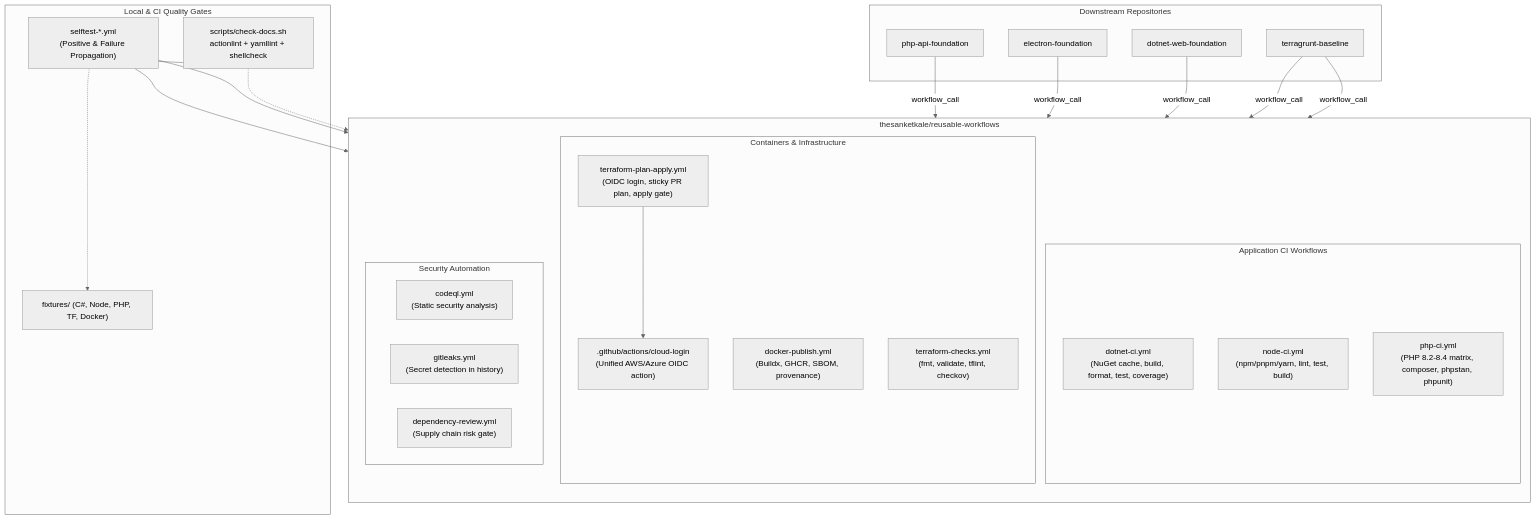
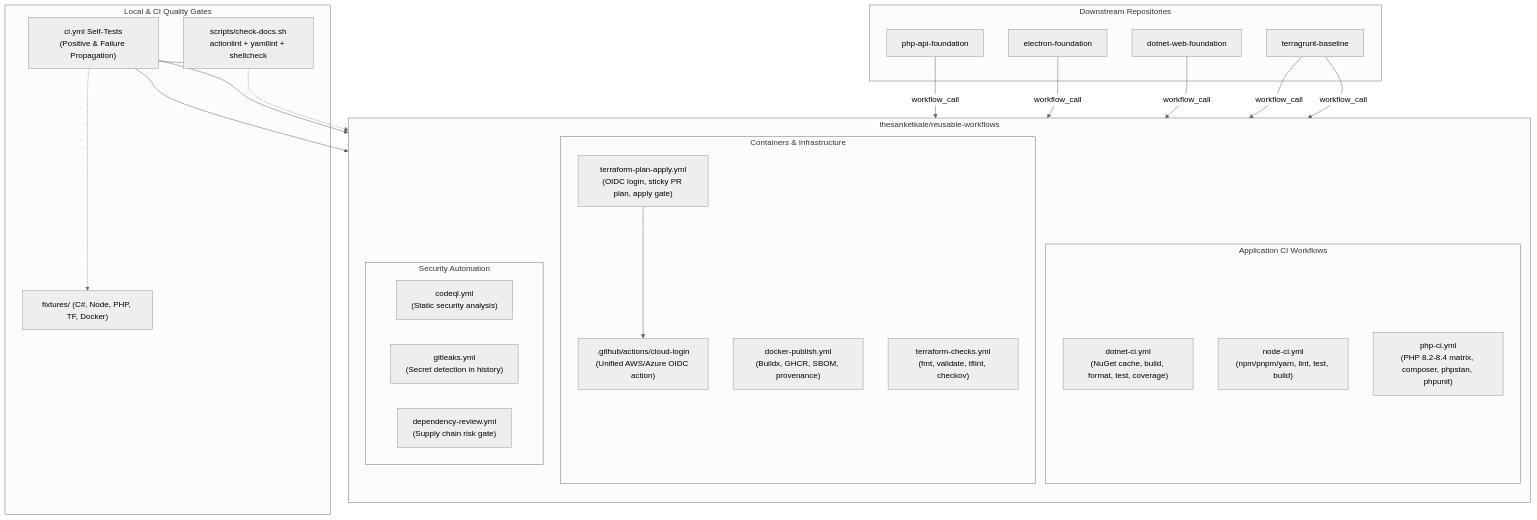
Before and after one commit to thesanketkale/reusable-workflows: the diagram in docs/architecture.md, drawn with Mermaid (neutral theme). The commit also changed 10 other files, not shown here.

Commit message:
chore(ci): consolidate self-tests into unified ci.yml and fix failure propagation

````diff
--- a/docs/architecture.md
+++ b/docs/architecture.md
@@ -21,50 +21,50 @@
 ```mermaid
 flowchart TD
     subgraph Consumers["Downstream Repositories"]
         R_PHP["php-api-foundation"]
         R_Electron["electron-foundation"]
         R_DotNet["dotnet-web-foundation"]
         R_Terragrunt["terragrunt-baseline"]
     end
 
     subgraph Library["thesanketkale/reusable-workflows"]
         direction TB
         subgraph LanguageCI["Application CI Workflows"]
             WF_DotNet["dotnet-ci.yml\n(NuGet cache, build, format, test, coverage)"]
             WF_Node["node-ci.yml\n(npm/pnpm/yarn, lint, test, build)"]
             WF_PHP["php-ci.yml\n(PHP 8.2-8.4 matrix, composer, phpstan, phpunit)"]
         end
 
         subgraph InfraCI["Containers & Infrastructure"]
             WF_Docker["docker-publish.yml\n(Buildx, GHCR, SBOM, provenance)"]
             WF_TFChecks["terraform-checks.yml\n(fmt, validate, tflint, checkov)"]
             WF_TFPlanApply["terraform-plan-apply.yml\n(OIDC login, sticky PR plan, apply gate)"]
             CA_CloudLogin[".github/actions/cloud-login\n(Unified AWS/Azure OIDC action)"]
         end
 
         subgraph SecurityCI["Security Automation"]
             WF_CodeQL["codeql.yml\n(Static security analysis)"]
             WF_Gitleaks["gitleaks.yml\n(Secret detection in history)"]
             WF_DepReview["dependency-review.yml\n(Supply chain risk gate)"]
         end
     end
 
     subgraph Gates["Local & CI Quality Gates"]
         Fixtures["fixtures/ (C#, Node, PHP, TF, Docker)"]
-        Selftests["selftest-*.yml\n(Positive & Failure Propagation)"]
+        Selftests["ci.yml Self-Tests\n(Positive & Failure Propagation)"]
         Verify["scripts/check-docs.sh\nactionlint + yamllint + shellcheck"]
     end
 
     R_PHP -->|"workflow_call"| WF_PHP
     R_Electron -->|"workflow_call"| WF_Node
     R_DotNet -->|"workflow_call"| WF_DotNet
     R_Terragrunt -->|"workflow_call"| WF_TFChecks
     R_Terragrunt -->|"workflow_call"| WF_TFPlanApply
 
     WF_TFPlanApply --> CA_CloudLogin
     Selftests --> LanguageCI
     Selftests --> InfraCI
     Selftests --> SecurityCI
     Selftests -.-> Fixtures
     Verify -.-> Library
 ```
````
